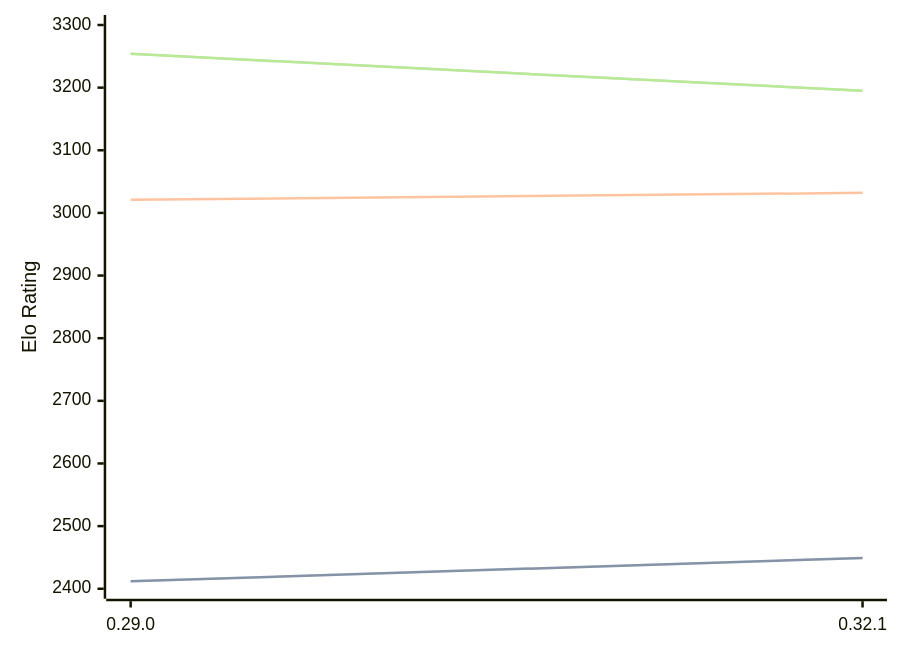
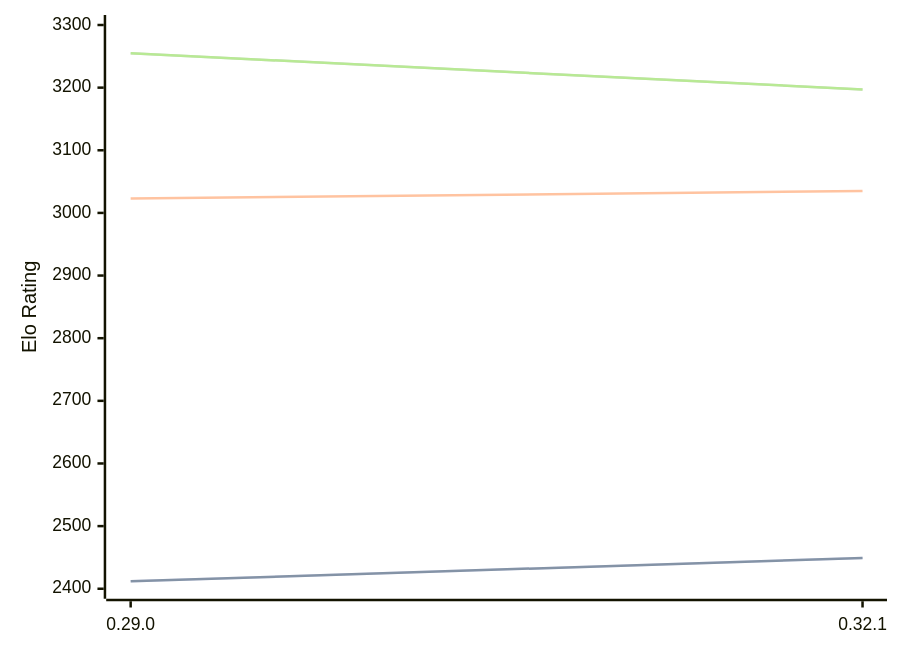
The diagram in engines/Lc0.md (computer-chess-index/cci), drawn with Mermaid before and after one commit. The commit also changed other lines of this file, not shown here.

Commit message:
Update CCI Ratings (ELO VLTC) - 2026-04-05

````diff
--- a/engines/Lc0.md
+++ b/engines/Lc0.md
@@ -68,11 +68,11 @@
 ```mermaid
 %%{init: {"theme":"base","themeVariables":{"seriesColors:['#a3a3a3','#222221','#faa371']}}}%%
 xychart-beta
   x-axis ["0.29.0", "0.32.1"]
   y-axis "Elo Rating" 2400 --> 3300
   line "STC (8.0+0.08s)" [2412, 2449]
   line "STC (8.0+0.08s)" [2412, 2449]
-  line "LTC (60.0+0.60s)" [3021, 3032]
-  line "VLTC (2m24s+1.12s)" [3254, 3195]
-  line "VLTC (2m24s+1.12s)" [3254, 3195]
+  line "LTC (60.0+0.60s)" [3023, 3035]
+  line "VLTC (2m24s+1.12s)" [3255, 3197]
+  line "VLTC (2m24s+1.12s)" [3255, 3197]
 ```
````
